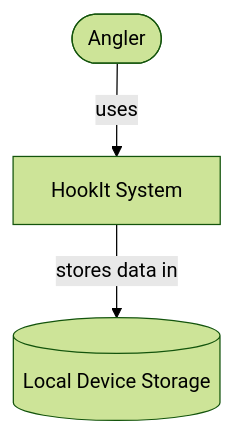
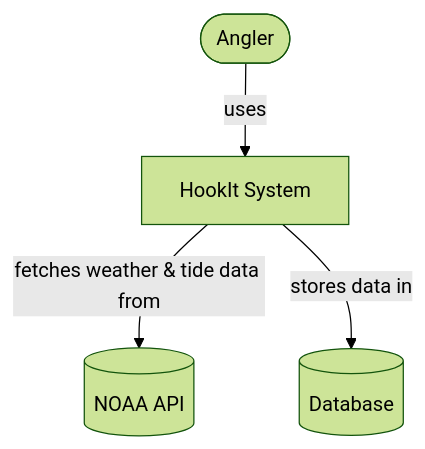
Before and after one commit to ddinza/cen5064-project-dinza: the first of 4 diagrams in README.md, drawn with Mermaid (forest theme). The commit also changed other lines of this file, not shown here.

First line of the commit message:
Revise data storage terminology in diagrams

````diff
--- a/README.md
+++ b/README.md
@@ -54,7 +54,8 @@
 ```mermaid
 
 %% HookIt Context Diagram
 flowchart TB
     user([Angler]) -->|uses| system[HookIt System]
-    system -->|stores data in| db[(Local Device Storage)]
+    system -->|fetches weather & tide data from| noaa[(NOAA API)]
+    system -->|stores data in| db[(Database)]
 ```
````
